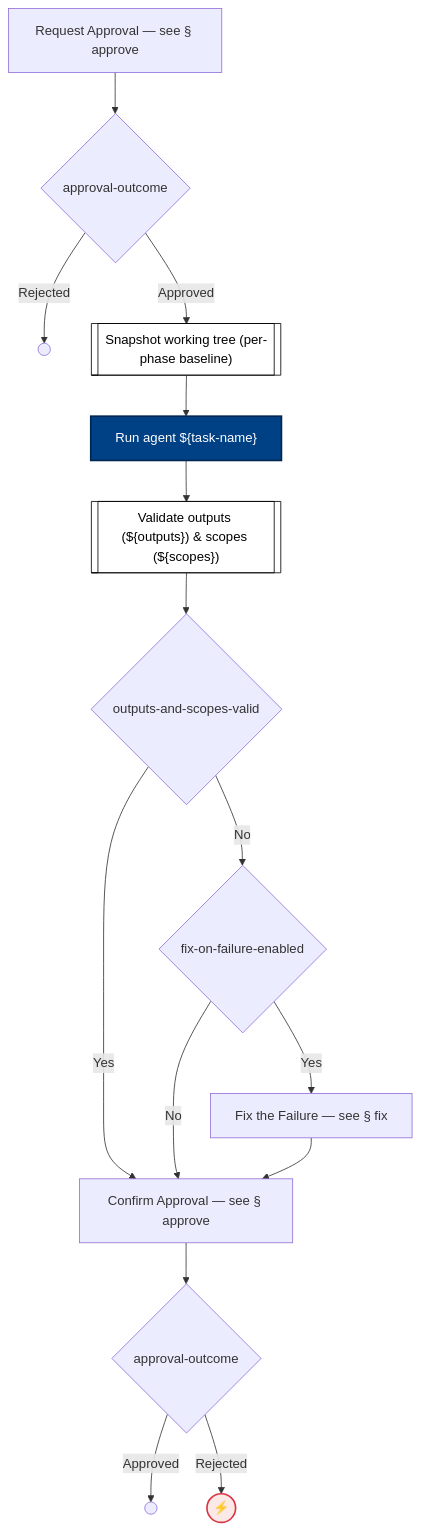
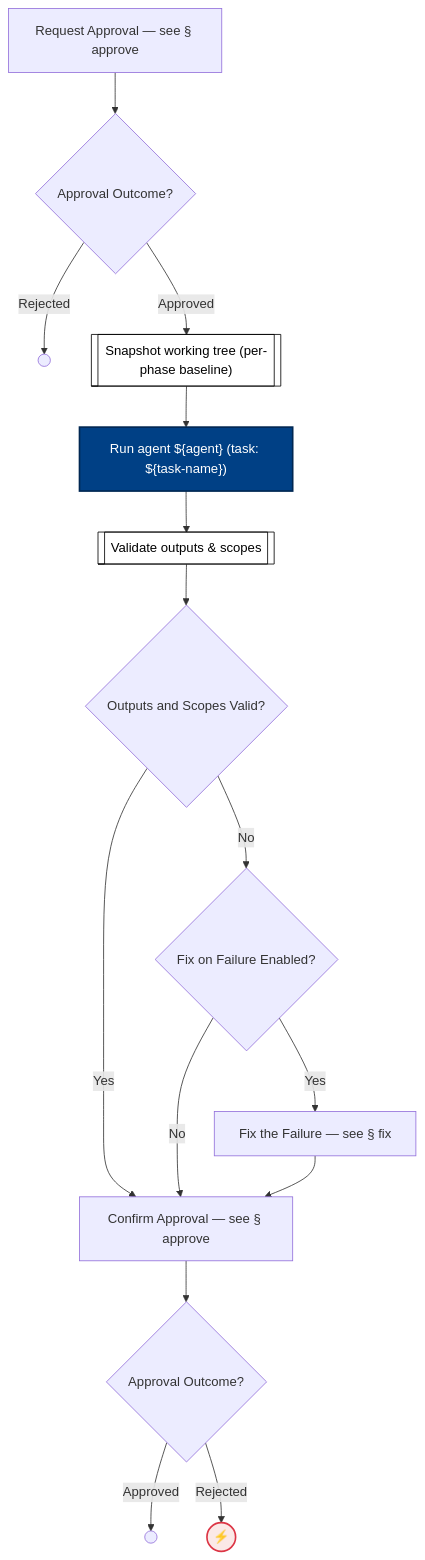
Before and after one commit to optivem/gh-optivem: diagram 47 of 53 in docs/process-diagram.md, drawn with Mermaid. The commit also changed other lines of this file and 16 other files, not shown here.

Commit message:
atdd: regenerate process-flow diagram

````diff
--- a/docs/process-diagram.md
+++ b/docs/process-diagram.md
@@ -711,40 +742,40 @@
 ```mermaid
 flowchart TD
     APPROVE_POST[Confirm Approval — see § approve]
     APPROVE_PRE[Request Approval — see § approve]
     EXECUTE_AGENT_END(( ))
     EXECUTE_AGENT_OUTPUT_REJECTED_END((⚡))
     EXECUTE_AGENT_REJECTED_END(( ))
     FIX[Fix the Failure — see § fix]
-    GATE_APPROVED_POST{approval-outcome}
-    GATE_APPROVED_PRE{approval-outcome}
-    GATE_FIX_ON_FAILURE{fix-on-failure-enabled}
-    GATE_OUTPUTS_AND_SCOPES_VALID{outputs-and-scopes-valid}
-    RUN_AGENT["Run agent ${task-name}"]
+    GATE_APPROVED_POST{Approval Outcome?}
+    GATE_APPROVED_PRE{Approval Outcome?}
+    GATE_FIX_ON_FAILURE{Fix on Failure Enabled?}
+    GATE_OUTPUTS_AND_SCOPES_VALID{Outputs and Scopes Valid?}
+    RUN_AGENT["Run agent ${agent} (task: ${task-name})"]
     SNAPSHOT_WORKING_TREE[["Snapshot working tree (per-phase baseline)"]]
-    VALIDATE_OUTPUTS_AND_SCOPES[["Validate outputs (${outputs}) & scopes (${scopes})"]]
+    VALIDATE_OUTPUTS_AND_SCOPES[["Validate outputs & scopes"]]
 
     APPROVE_PRE --> GATE_APPROVED_PRE
     GATE_APPROVED_PRE -- Approved --> SNAPSHOT_WORKING_TREE
     GATE_APPROVED_PRE -- Rejected --> EXECUTE_AGENT_REJECTED_END
     SNAPSHOT_WORKING_TREE --> RUN_AGENT
     RUN_AGENT --> VALIDATE_OUTPUTS_AND_SCOPES
     VALIDATE_OUTPUTS_AND_SCOPES --> GATE_OUTPUTS_AND_SCOPES_VALID
     GATE_OUTPUTS_AND_SCOPES_VALID -- Yes --> APPROVE_POST
     GATE_OUTPUTS_AND_SCOPES_VALID -- No --> GATE_FIX_ON_FAILURE
     GATE_FIX_ON_FAILURE -- Yes --> FIX
     GATE_FIX_ON_FAILURE -- No --> APPROVE_POST
     FIX --> APPROVE_POST
     APPROVE_POST --> GATE_APPROVED_POST
     GATE_APPROVED_POST -- Approved --> EXECUTE_AGENT_END
     GATE_APPROVED_POST -- Rejected --> EXECUTE_AGENT_OUTPUT_REJECTED_END
 
     classDef serviceNode fill:#ffffff,stroke:#000000,stroke-width:1px,color:#000000
     class SNAPSHOT_WORKING_TREE,VALIDATE_OUTPUTS_AND_SCOPES serviceNode
 
     classDef agentNode fill:#004085,stroke:#002752,stroke-width:2px,color:#ffffff
     class RUN_AGENT agentNode
 
     classDef errorEndNode fill:#fbe9e7,stroke:#dc3545,stroke-width:2px,color:#000000
     class EXECUTE_AGENT_OUTPUT_REJECTED_END errorEndNode
 ```
````
